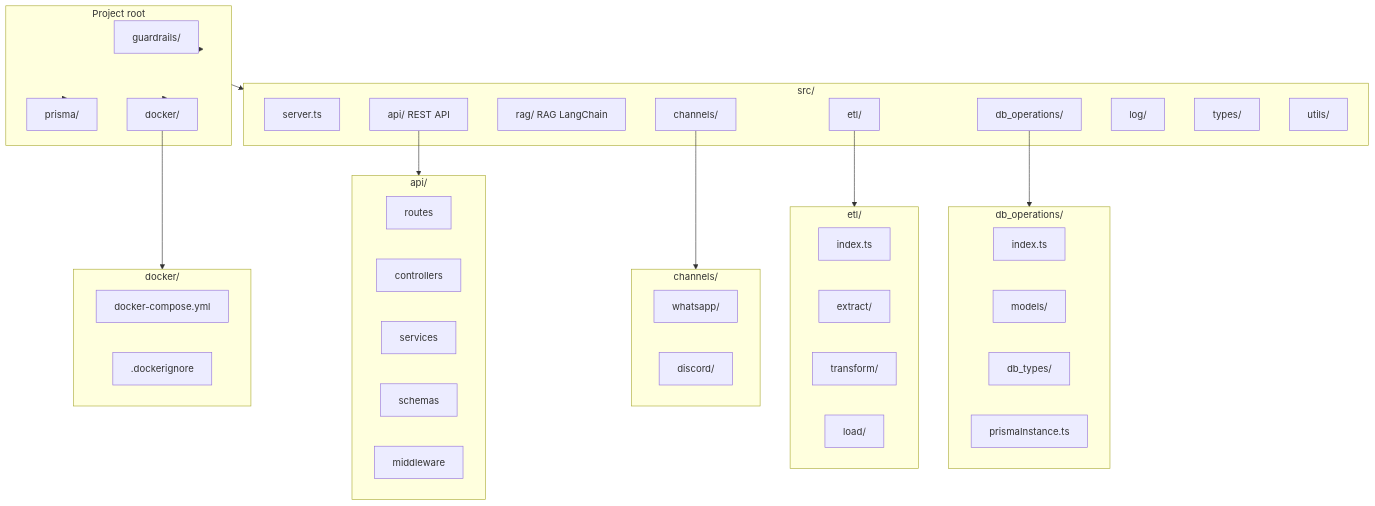
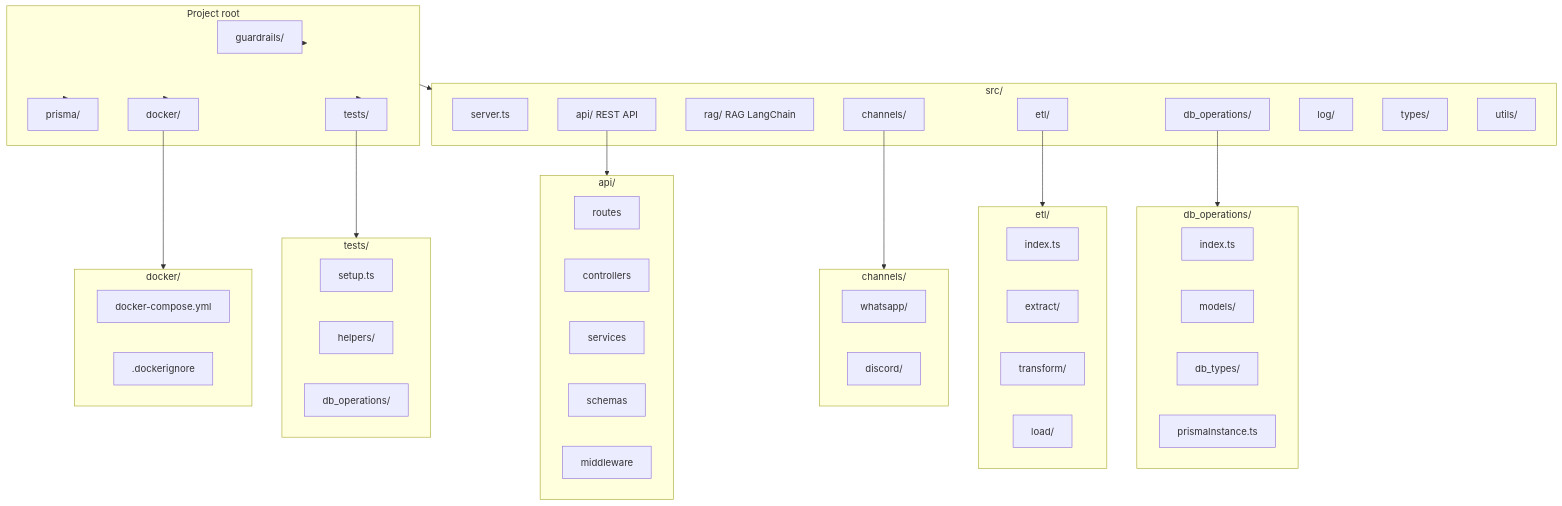
One commit to sorocode-comunidade/swanytello changed the second of 3 diagrams in README.md. Above: the diagram before and after it, drawn with Mermaid. The commit also changed 7 other files, not shown here.

````diff
--- a/README.md
+++ b/README.md
@@ -104,62 +104,71 @@
 ```mermaid
 flowchart TB
   subgraph root [Project root]
     guardrails[guardrails/]
     prisma_root[prisma/]
     docker[docker/]
+    tests[tests/]
   end
 
   subgraph src_content [src/]
     server[server.ts]
     api[api/ REST API]
     rag[rag/ RAG LangChain]
     channels[channels/]
     etl[etl/]
     db_ops[db_operations/]
     log[log/]
     types[types/]
     utils[utils/]
   end
 
   subgraph api_detail [api/]
     routes[routes]
     controllers[controllers]
     services[services]
     schemas[schemas]
     middleware[middleware]
   end
 
   subgraph channels_detail [channels/]
     whatsapp[whatsapp/]
     discord[discord/]
   end
 
   subgraph db_ops_detail [db_operations/]
     db_ops_index[index.ts]
     models[models/]
     db_types[db_types/]
     prisma[prismaInstance.ts]
   end
 
   subgraph etl_detail [etl/]
     etl_index[index.ts]
     extract[extract/]
     transform[transform/]
     load[load/]
   end
 
   subgraph docker_detail [docker/]
     compose[docker-compose.yml]
     dockerignore[.dockerignore]
   end
 
+  subgraph tests_detail [tests/]
+    tests_setup[setup.ts]
+    tests_helpers[helpers/]
+    tests_db_ops[db_operations/]
+  end
+
   root --> guardrails
   root --> prisma_root
   root --> docker
+  root --> tests
   root --> src_content
   api --> api_detail
   channels --> channels_detail
   db_ops --> db_ops_detail
   etl --> etl_detail
   docker --> docker_detail
+  tests --> tests_detail
 ```
````
